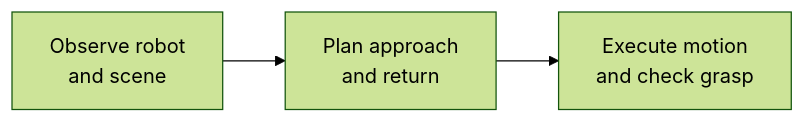
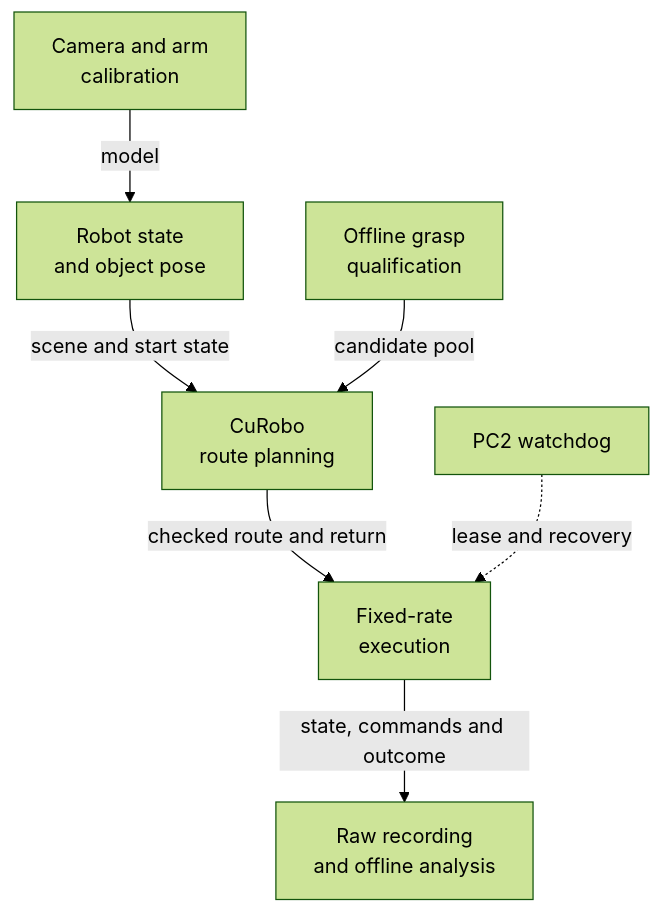
Before and after one commit to sri299792458/g1-research-docs: the diagram in docs/index.md, drawn with Mermaid (forest theme). The commit also changed other lines of this file and 30 other files, not shown here.

Commit message:
Organize G1 guide around diagrams and verified code entry points

````diff
--- a/docs/index.md
+++ b/docs/index.md
@@ -46,7 +10,11 @@
 ```mermaid
-flowchart LR
-  accTitle: From observation to execution
-  accDescr: Observe the robot and scene, plan the approach and return, then execute motion and check the grasp.
-  O["Observe robot<br/>and scene"] --> P["Plan approach<br/>and return"]
-  P --> E["Execute motion<br/>and check grasp"]
+flowchart TB
+  accTitle: G1 tabletop components and their interfaces
+  accDescr: Calibration supplies the camera and arm model for observations. Observations and an offline grasp library feed planning. Checked routes feed execution, which is monitored by PC2 and recorded for analysis.
+  C["Camera and arm<br/>calibration"] -->|model| O["Robot state<br/>and object pose"]
+  O -->|scene and start state| P["CuRobo<br/>route planning"]
+  G["Offline grasp<br/>qualification"] -->|candidate pool| P
+  P -->|checked route and return| E["Fixed-rate<br/>execution"]
+  W["PC2 watchdog"] -.->|lease and recovery| E
+  E -->|state, commands and outcome| R["Raw recording<br/>and offline analysis"]
 ```
````
